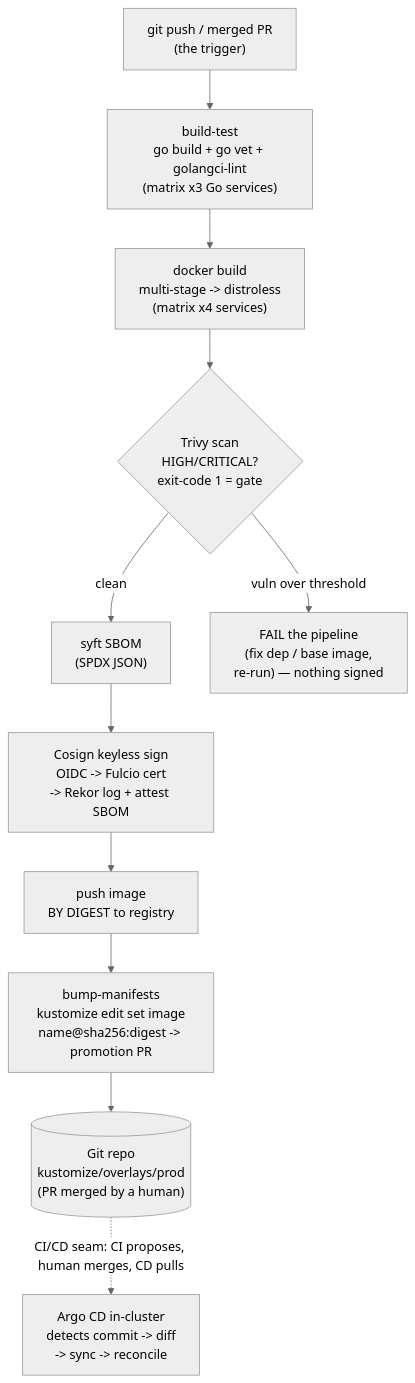
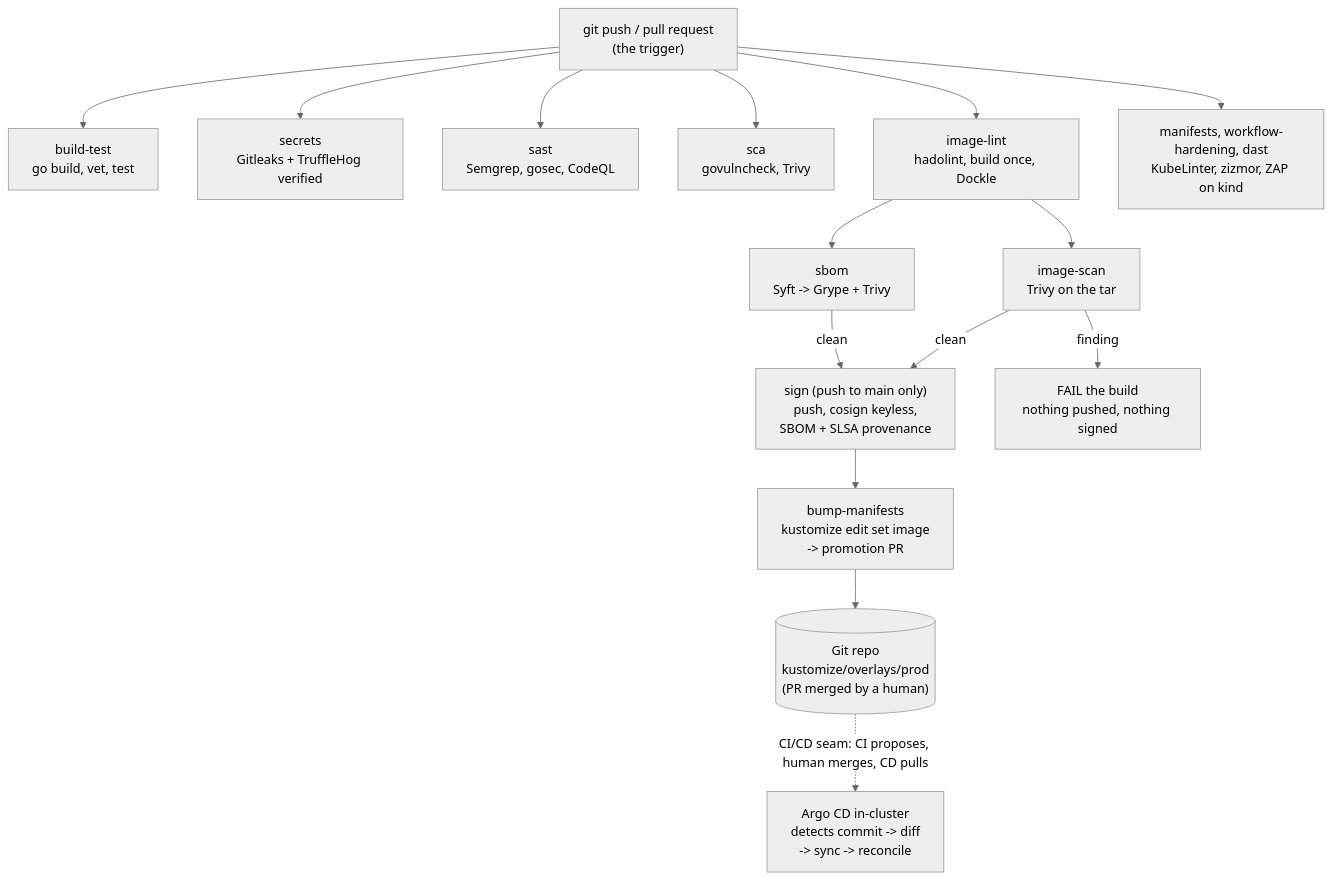
The diagram in full-guide/07-delivery/03-cicd-pipeline.md (abd-ulbasit/bookstore-kubernetes-guide), drawn with Mermaid (neutral theme) before and after one commit. The commit also changed other lines of this file and 23 other files, not shown here.

````diff
--- a/full-guide/07-delivery/03-cicd-pipeline.md
+++ b/full-guide/07-delivery/03-cicd-pipeline.md
@@ -104,19 +111,25 @@
 ```mermaid
 flowchart TD
-    push["git push / merged PR<br/>(the trigger)"]
-    bt["build-test<br/>go build + go vet + golangci-lint<br/>(matrix x3 Go services)"]
-    bld["docker build<br/>multi-stage -&gt; distroless<br/>(matrix x4 services)"]
-    scan{"Trivy scan<br/>HIGH/CRITICAL?<br/>exit-code 1 = gate"}
-    sbom["syft SBOM<br/>(SPDX JSON)"]
-    sign["Cosign keyless sign<br/>OIDC -&gt; Fulcio cert<br/>-&gt; Rekor log + attest SBOM"]
-    pushimg["push image<br/>BY DIGEST to registry"]
-    bump["bump-manifests<br/>kustomize edit set image<br/>name@sha256:digest -&gt; promotion PR"]
-    fail["FAIL the pipeline<br/>(fix dep / base image,<br/>re-run) — nothing signed"]
+    push["git push / pull request<br/>(the trigger)"]
+    bt["build-test<br/>go build, vet, test"]
+    secrets["secrets<br/>Gitleaks + TruffleHog verified"]
+    sast["sast<br/>Semgrep, gosec, CodeQL"]
+    sca["sca<br/>govulncheck, Trivy"]
+    lint["image-lint<br/>hadolint, build once, Dockle"]
+    scan["image-scan<br/>Trivy on the tar"]
+    sbom["sbom<br/>Syft -&gt; Grype + Trivy"]
+    side["manifests, workflow-hardening, dast<br/>KubeLinter, zizmor, ZAP on kind"]
+    sign["sign (push to main only)<br/>push, cosign keyless,<br/>SBOM + SLSA provenance"]
+    fail["FAIL the build<br/>nothing pushed, nothing signed"]
+    bump["bump-manifests<br/>kustomize edit set image<br/>-&gt; promotion PR"]
     git[("Git repo<br/>kustomize/overlays/prod<br/>(PR merged by a human)")]
     argo["Argo CD in-cluster<br/>detects commit -&gt; diff<br/>-&gt; sync -&gt; reconcile"]
 
-    push --> bt --> bld --> scan
-    scan -- "clean" --> sbom --> sign --> pushimg --> bump --> git
-    scan -- "vuln over threshold" --> fail
+    push --> bt & secrets & sast & sca & lint & side
+    lint --> scan & sbom
+    scan -- "clean" --> sign
+    sbom -- "clean" --> sign
+    scan -- "finding" --> fail
+    sign --> bump --> git
     git -. "CI/CD seam: CI proposes, human merges, CD pulls" .-> argo
 ```
````
